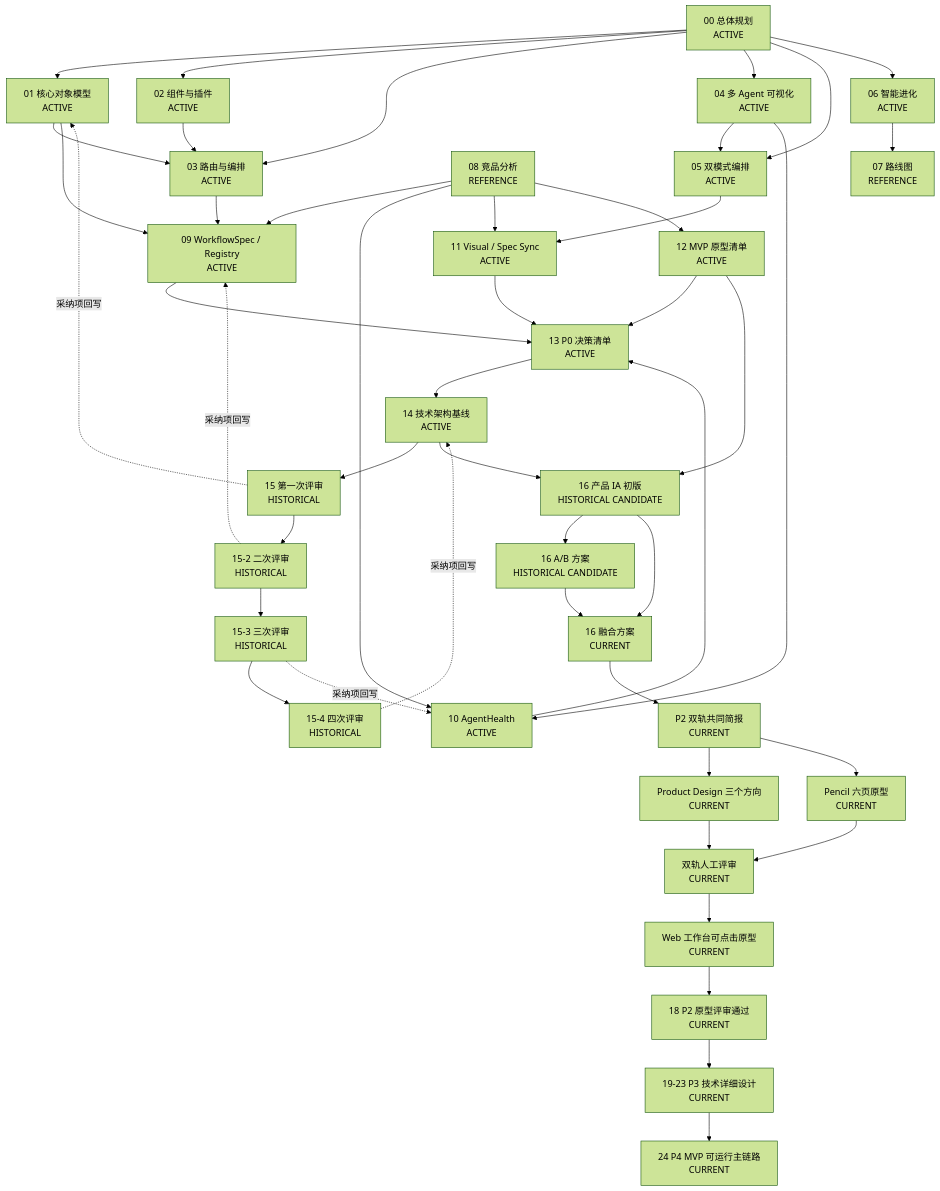
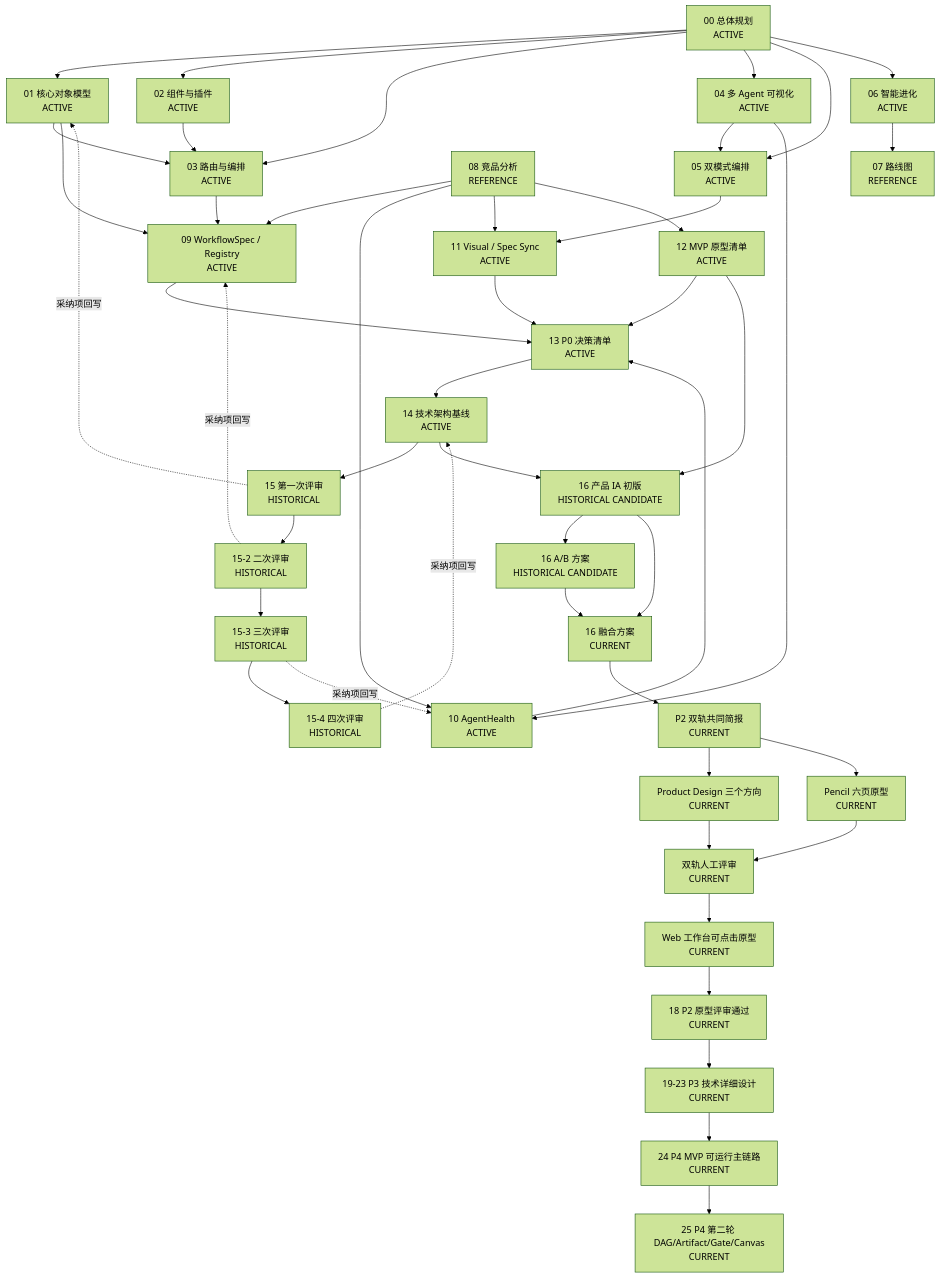
One commit to haozhangyue/miracle-agent changed the diagram in 17_文档资产关联与AI阅读导航.md. Above: the diagram before and after it, drawn with Mermaid (forest theme). The commit also changed other lines of this file and 21 other files, not shown here.

````diff
--- a/17_文档资产关联与AI阅读导航.md
+++ b/17_文档资产关联与AI阅读导航.md
@@ -78,66 +78,67 @@
 ```mermaid
 flowchart TD
   P00["00 总体规划<br/>ACTIVE"]
   P01["01 核心对象模型<br/>ACTIVE"]
   P02["02 组件与插件<br/>ACTIVE"]
   P03["03 路由与编排<br/>ACTIVE"]
   P04["04 多 Agent 可视化<br/>ACTIVE"]
   P05["05 双模式编排<br/>ACTIVE"]
   P06["06 智能进化<br/>ACTIVE"]
   P07["07 路线图<br/>REFERENCE"]
 
   P00 --> P01
   P00 --> P02
   P00 --> P03
   P00 --> P04
   P00 --> P05
   P00 --> P06
   P01 --> P03
   P02 --> P03
   P04 --> P05
   P06 --> P07
 
   P08["08 竞品分析<br/>REFERENCE"]
   P08 --> P09["09 WorkflowSpec / Registry<br/>ACTIVE"]
   P08 --> P10["10 AgentHealth<br/>ACTIVE"]
   P08 --> P11["11 Visual / Spec Sync<br/>ACTIVE"]
   P08 --> P12["12 MVP 原型清单<br/>ACTIVE"]
 
   P01 --> P09
   P03 --> P09
   P04 --> P10
   P05 --> P11
 
   P09 --> P13["13 P0 决策清单<br/>ACTIVE"]
   P10 --> P13
   P11 --> P13
   P12 --> P13
 
   P13 --> P14["14 技术架构基线<br/>ACTIVE"]
 
   P14 --> R1["15 第一次评审<br/>HISTORICAL"]
   R1 --> R2["15-2 二次评审<br/>HISTORICAL"]
   R2 --> R3["15-3 三次评审<br/>HISTORICAL"]
   R3 --> R4["15-4 四次评审<br/>HISTORICAL"]
 
   R1 -.采纳项回写.-> P01
   R2 -.采纳项回写.-> P09
   R3 -.采纳项回写.-> P10
   R4 -.采纳项回写.-> P14
 
   P14 --> IA1["16 产品 IA 初版<br/>HISTORICAL CANDIDATE"]
   P12 --> IA1
   IA1 --> IAB["16 A/B 方案<br/>HISTORICAL CANDIDATE"]
   IA1 --> IAF["16 融合方案<br/>CURRENT"]
   IAB --> IAF
 
   IAF --> Brief["P2 双轨共同简报<br/>CURRENT"]
   Brief --> PD["Product Design 三个方向<br/>CURRENT"]
   Brief --> Pencil["Pencil 六页原型<br/>CURRENT"]
   PD --> Review["双轨人工评审<br/>CURRENT"]
   Pencil --> Review
   Review --> Fusion["Web 工作台可点击原型<br/>CURRENT"]
   Fusion --> P18["18 P2 原型评审通过<br/>CURRENT"]
   P18 --> P3["19-23 P3 技术详细设计<br/>CURRENT"]
   P3 --> P4["24 P4 MVP 可运行主链路<br/>CURRENT"]
+  P4 --> P4B["25 P4 第二轮 DAG/Artifact/Gate/Canvas<br/>CURRENT"]
 ```
````
